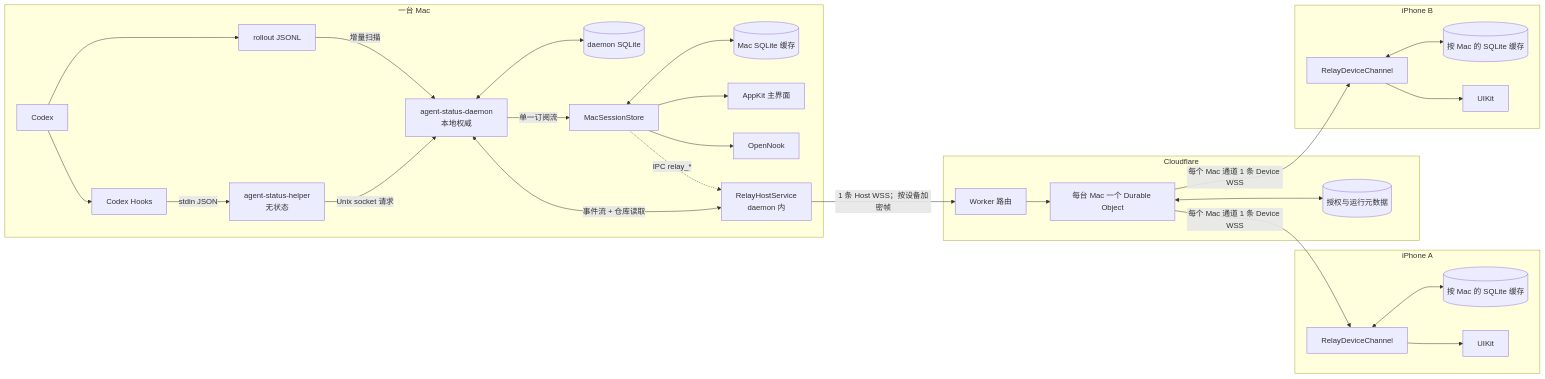
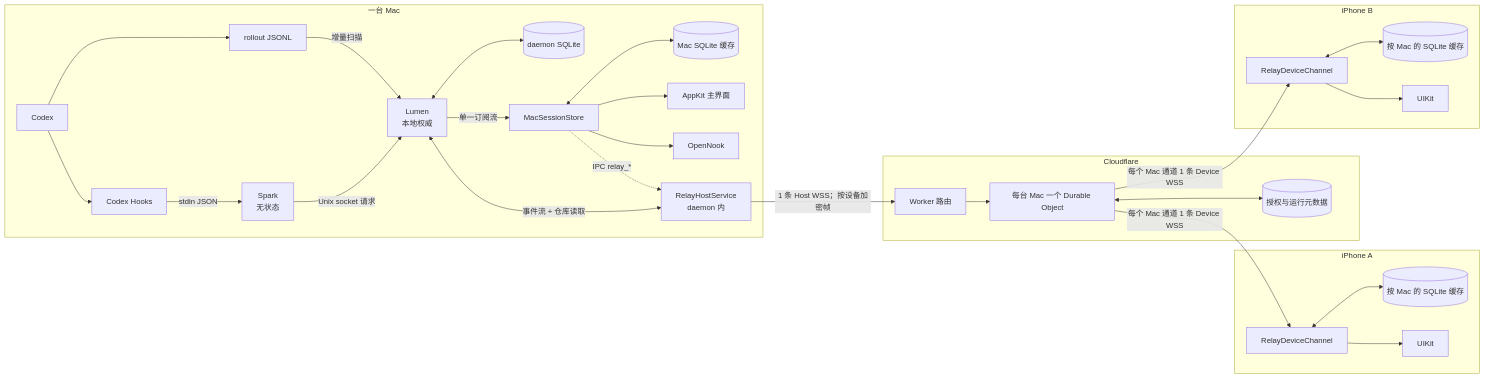
The first of 2 diagrams in docs/design/system-architecture.md (AFutureD/Lumi), drawn with Mermaid before and after one commit. The commit also changed other lines of this file and 25 other files, not shown here.

First line of the commit message:
Sweep the remaining AgentStatus wording out of docs, READMEs, design archive and editor config

````diff
--- a/docs/design/system-architecture.md
+++ b/docs/design/system-architecture.md
@@ -23,55 +23,55 @@
 ```mermaid
 flowchart LR
     subgraph Mac["一台 Mac"]
         Codex["Codex"]
         Hook["Codex Hooks"]
         Rollout["rollout JSONL"]
-        Helper["agent-status-helper<br/>无状态"]
-        Daemon["agent-status-daemon<br/>本地权威"]
+        Helper["Spark<br/>无状态"]
+        Daemon["Lumen<br/>本地权威"]
         DaemonDB[("daemon SQLite")]
         MacStore["MacSessionStore"]
         MacDB[("Mac SQLite 缓存")]
         MacUI["AppKit 主界面"]
         Notch["OpenNook"]
         RelayHost["RelayHostService<br/>daemon 内"]
 
         Codex --> Hook -->|stdin JSON| Helper
         Helper -->|Unix socket 请求| Daemon
         Codex --> Rollout -->|增量扫描| Daemon
         Daemon <--> DaemonDB
         Daemon -->|单一订阅流| MacStore
         Daemon <-->|事件流 + 仓库读取| RelayHost
         MacStore <--> MacDB
         MacStore --> MacUI
         MacStore --> Notch
         MacStore -.->|IPC relay_*| RelayHost
     end
 
     subgraph Cloudflare["Cloudflare"]
         Worker["Worker 路由"]
         DO["每台 Mac 一个 Durable Object"]
         Meta[("授权与运行元数据")]
         Worker --> DO
         DO <--> Meta
     end
 
     subgraph IPhoneA["iPhone A"]
         DeviceA["RelayDeviceChannel"]
         IOSDBA[("按 Mac 的 SQLite 缓存")]
         UIA["UIKit"]
         DeviceA <--> IOSDBA
         DeviceA --> UIA
     end
 
     subgraph IPhoneB["iPhone B"]
         DeviceB["RelayDeviceChannel"]
         IOSDBB[("按 Mac 的 SQLite 缓存")]
         UIB["UIKit"]
         DeviceB <--> IOSDBB
         DeviceB --> UIB
     end
 
     RelayHost -->|"1 条 Host WSS；按设备加密帧"| Worker
     DO -->|"每个 Mac 通道 1 条 Device WSS"| DeviceA
     DO -->|"每个 Mac 通道 1 条 Device WSS"| DeviceB
 ```
````
